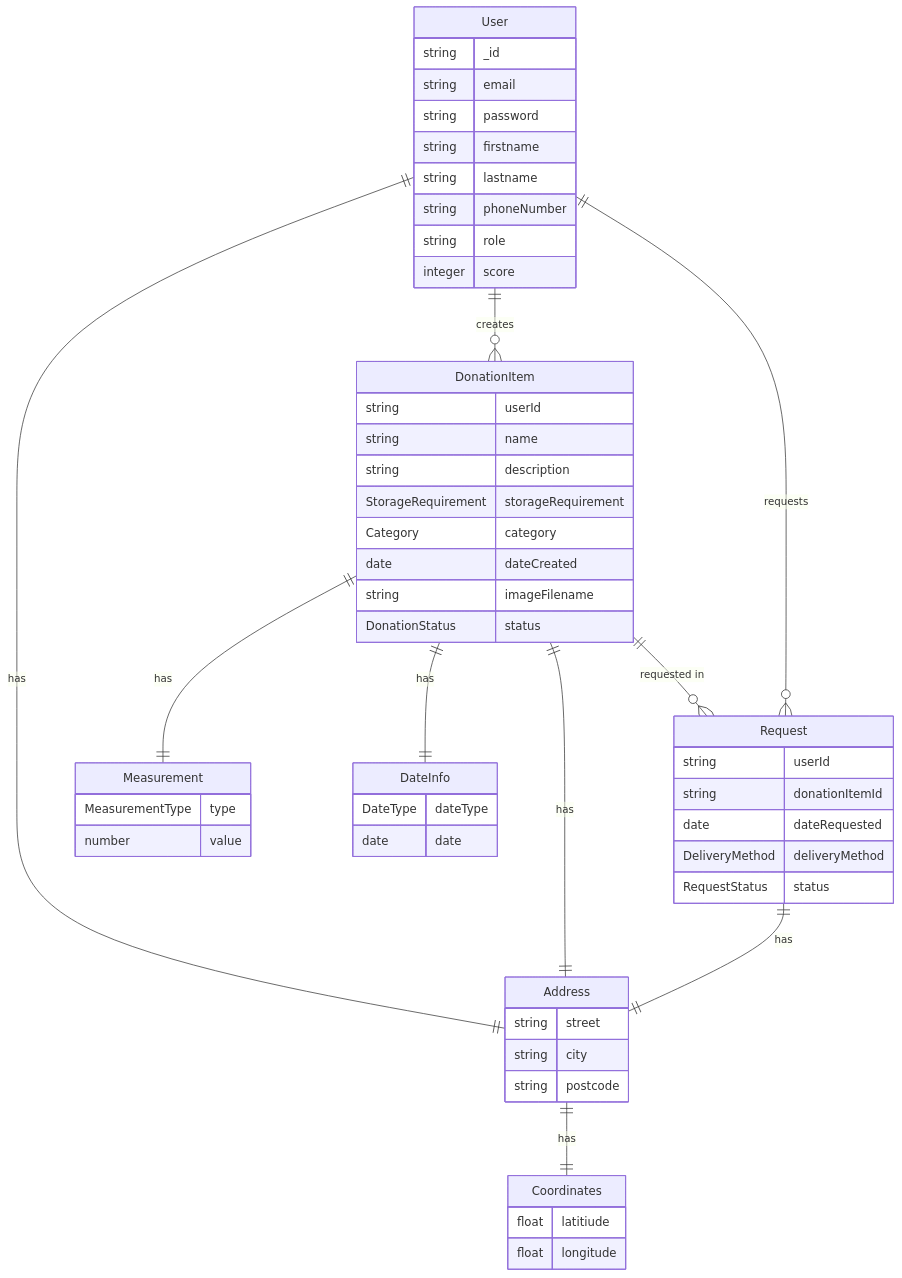
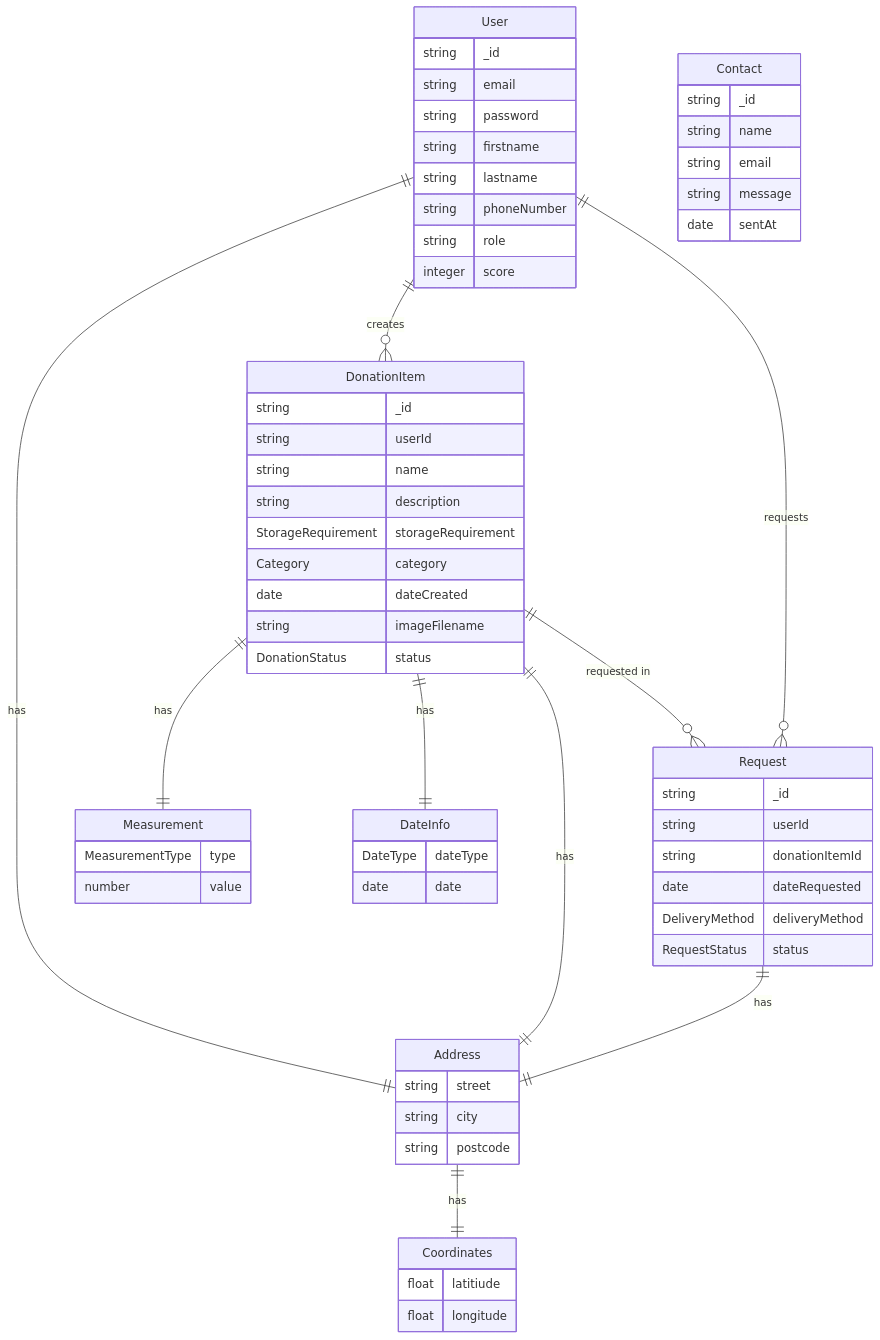
One commit to fl3my/spn-share-app changed the diagram in README.md. Above: the diagram before and after it, drawn with Mermaid. The commit also changed other lines of this file, not shown here.

Commit message:
Fix readme errors

````diff
--- a/README.md
+++ b/README.md
@@ -88,56 +87,65 @@
 ```mermaid
     erDiagram
     User ||--|| Address : has
     User ||--o{ DonationItem : "creates"
     User {
         string _id
         string email
         string password
         string firstname
         string lastname
         string phoneNumber
         string role
         integer score
     }
     DonationItem ||--|| Measurement : has
     DonationItem ||--|| DateInfo : has
     DonationItem ||--|| Address : has
     DonationItem {
+        string _id
         string userId
         string name
         string description
         StorageRequirement storageRequirement
         Category category
         date dateCreated
         string imageFilename
         DonationStatus status
     }
     Measurement {
         MeasurementType type
         number value
     }
     DateInfo {
         DateType dateType
         date date
     }
     User ||--o{ Request : "requests"
     DonationItem ||--o{ Request : "requested in"
     Request ||--|| Address : has
     Address ||--|| Coordinates : has
     Request {
+        string _id
         string userId
         string donationItemId
         date dateRequested
         DeliveryMethod deliveryMethod
         RequestStatus status
     }
     Address {
         string street
         string city
         string postcode
     }
     Coordinates {
         float latitiude
         float longitude
     }
+    Contact {
+        string _id
+        string name
+        string email
+        string message
+        date sentAt
+    }
 ```
````
